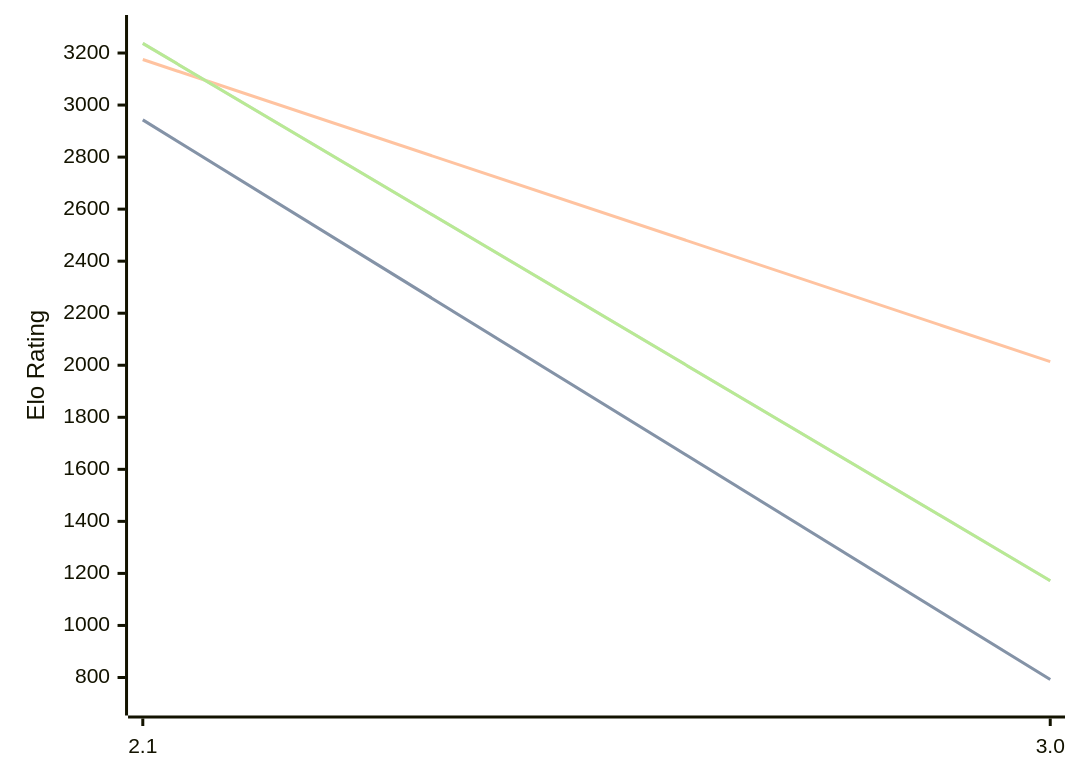
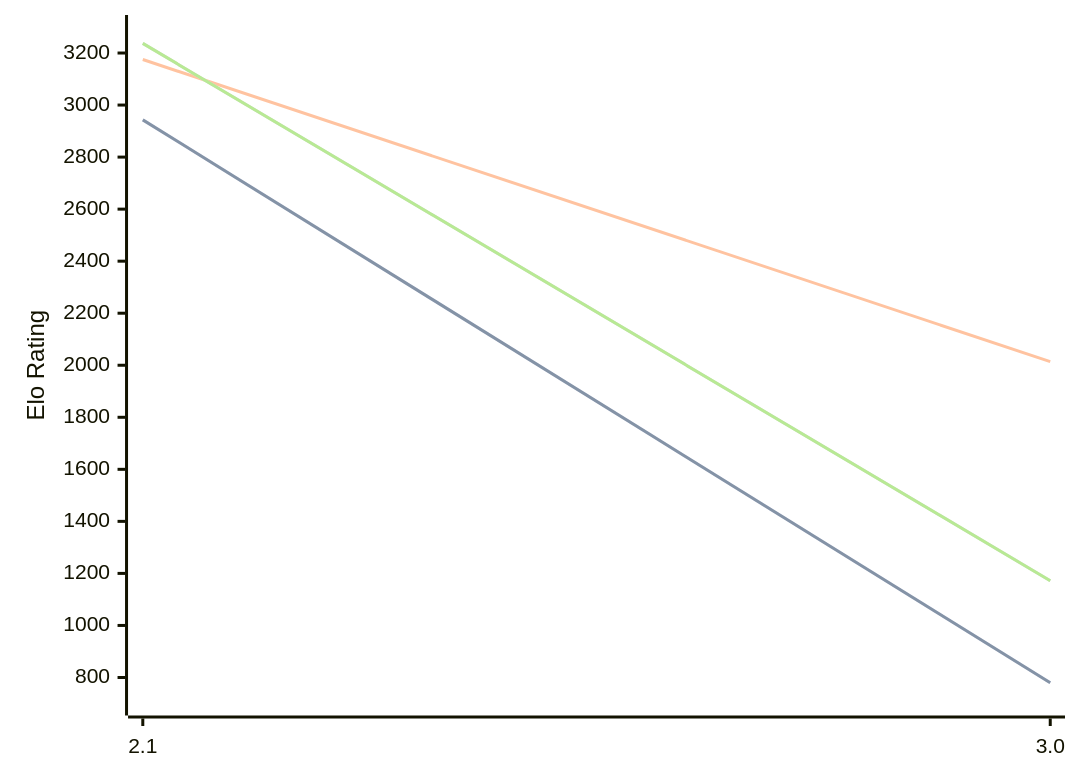
The first of 3 diagrams in engines/Quirky.md (computer-chess-index/cci), drawn with Mermaid before and after one commit. The commit also changed other lines of this file, not shown here.

````diff
--- a/engines/Quirky.md
+++ b/engines/Quirky.md
@@ -34,11 +34,11 @@
 ```mermaid
 %%{init: {"theme":"base","themeVariables":{"seriesColors:['#a3a3a3','#222221','#faa371']}}}%%
 xychart-beta
   x-axis ["2.1", "3.0"]
   y-axis "Elo Rating" 700 --> 3300
-  line "STC (8.0+0.08s)" [2943, 792]
-  line "STC (8.0+0.08s)" [2943, 792]
+  line "STC (8.0+0.08s)" [2943, 780]
+  line "STC (8.0+0.08s)" [2943, 780]
   line "LTC (60.0+0.60s)" [3175, 2014]
   line "VLTC (2m24s+1.12s)" [3237, 1172]
   line "VLTC (2m24s+1.12s)" [3237, 1172]
 ```
````
